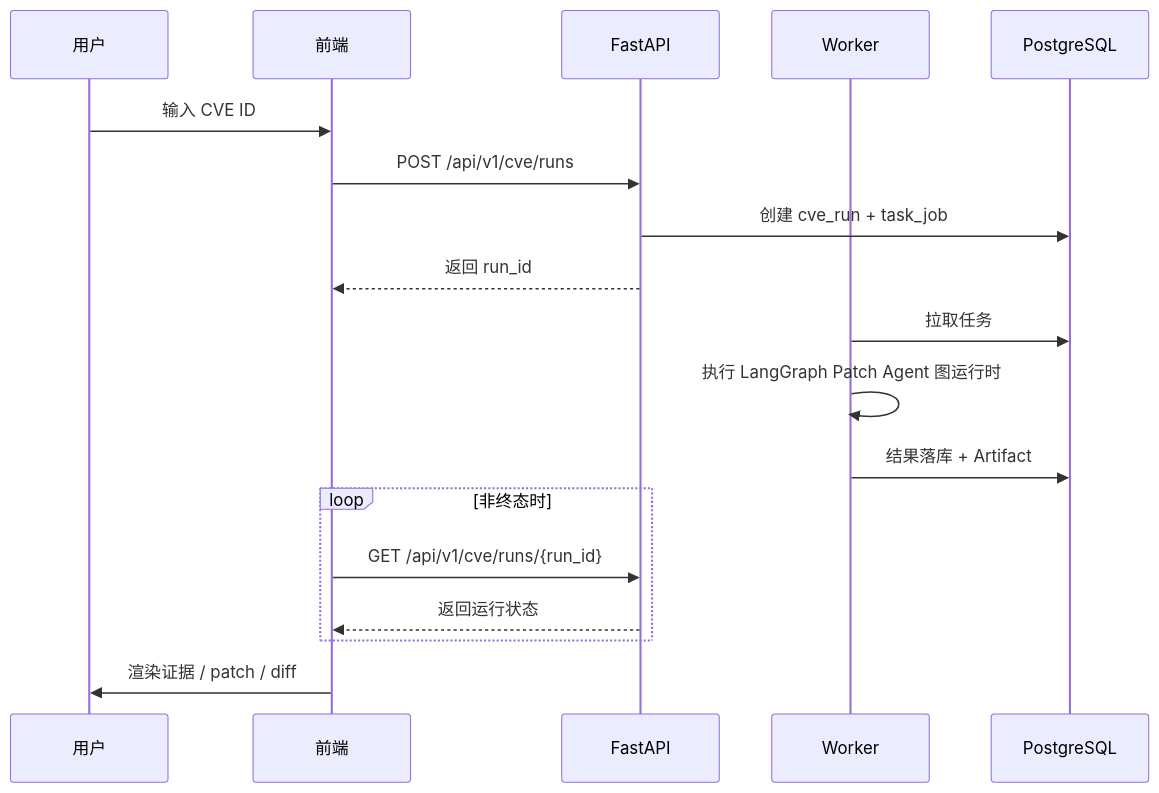
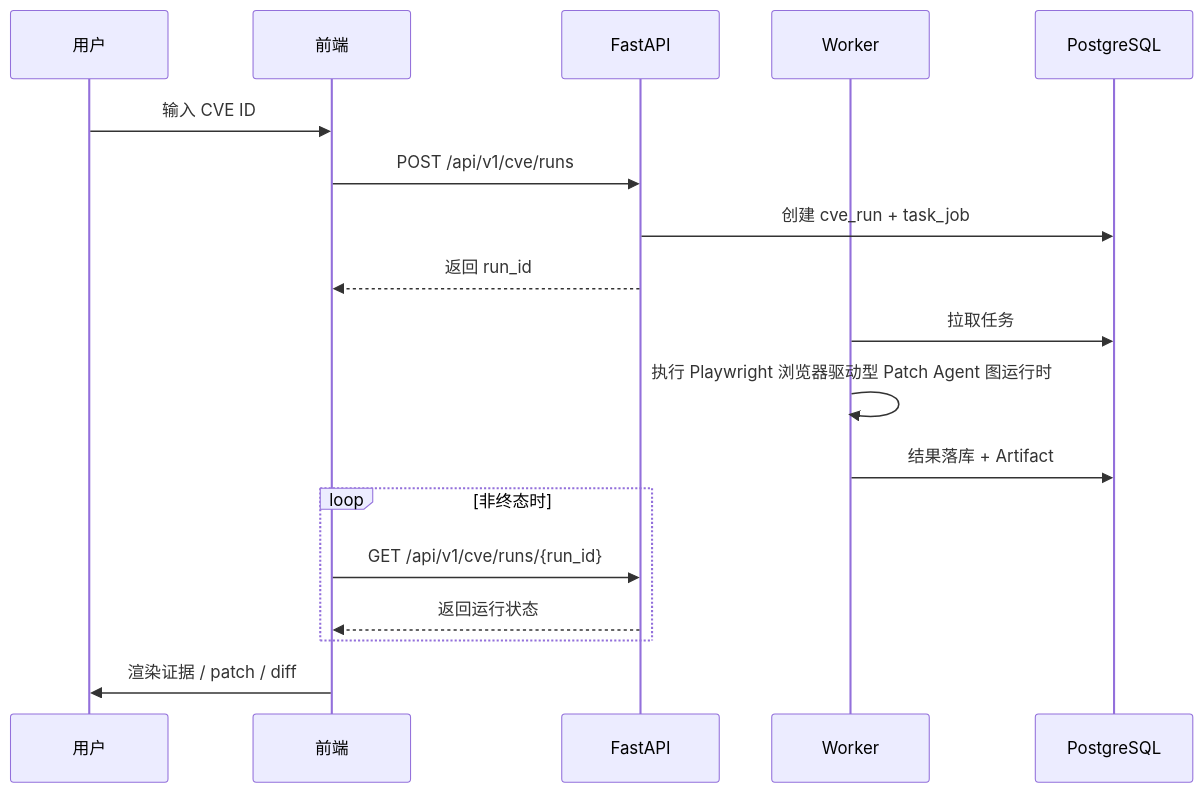
One commit to coeoo/AetherFlow changed the second of 4 diagrams in docs/03-系统架构/架构设计.md. Above: the diagram before and after it, drawn with Mermaid. The commit also changed other lines of this file and 71 other files, not shown here.

First line of the commit message:
落地 CVE Patch 浏览器驱动型 AI Agent（Phase 1-4）

````diff
--- a/docs/03-系统架构/架构设计.md
+++ b/docs/03-系统架构/架构设计.md
@@ -163,21 +164,21 @@
 ```mermaid
 sequenceDiagram
     participant U as 用户
     participant FE as 前端
     participant API as FastAPI
     participant W as Worker
     participant DB as PostgreSQL
 
     U->>FE: 输入 CVE ID
     FE->>API: POST /api/v1/cve/runs
     API->>DB: 创建 cve_run + task_job
     API-->>FE: 返回 run_id
     W->>DB: 拉取任务
-    W->>W: 执行 LangGraph Patch Agent 图运行时
+    W->>W: 执行 Playwright 浏览器驱动型 Patch Agent 图运行时
     W->>DB: 结果落库 + Artifact
     loop 非终态时
         FE->>API: GET /api/v1/cve/runs/{run_id}
         API-->>FE: 返回运行状态
     end
     FE->>U: 渲染证据 / patch / diff
 ```
````
